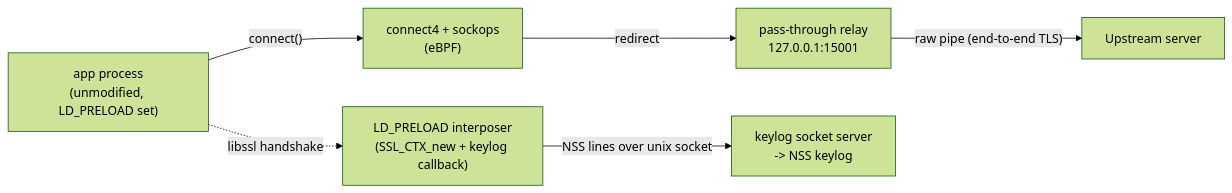
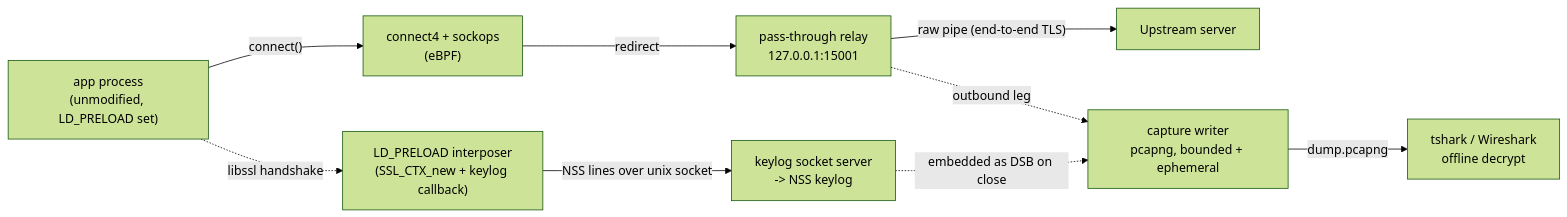
Before and after one commit to mesbrj/GO-eBPF-Proxy: the first of 2 diagrams in README.md, drawn with Mermaid (forest theme). The commit also changed other lines of this file, not shown here.

First line of the commit message:
docs(readme): describe the delivered M3 capture/decrypt pipeline

````diff
--- a/README.md
+++ b/README.md
@@ -39,8 +47,11 @@
 ```mermaid
 flowchart LR
     app["app process<br/>(unmodified, LD_PRELOAD set)"] -- "connect()" --> kern["connect4 + sockops<br/>(eBPF)"]
     kern -- "redirect" --> relay["pass-through relay<br/>127.0.0.1:15001"]
     relay -- "raw pipe (end-to-end TLS)" --> upstream["Upstream server"]
+    relay -. "outbound leg" .-> capture["capture writer<br/>pcapng, bounded + ephemeral"]
     app -. "libssl handshake" .-> interposer["LD_PRELOAD interposer<br/>(SSL_CTX_new + keylog callback)"]
     interposer -- "NSS lines over unix socket" --> keylog["keylog socket server<br/>-> NSS keylog"]
+    keylog -. "embedded as DSB on close" .-> capture
+    capture -- "dump.pcapng" --> tshark["tshark / Wireshark<br/>offline decrypt"]
 ```
````
